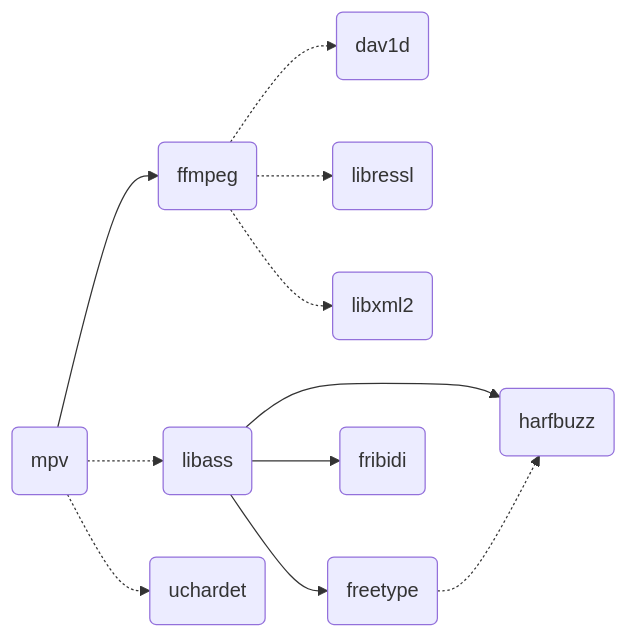
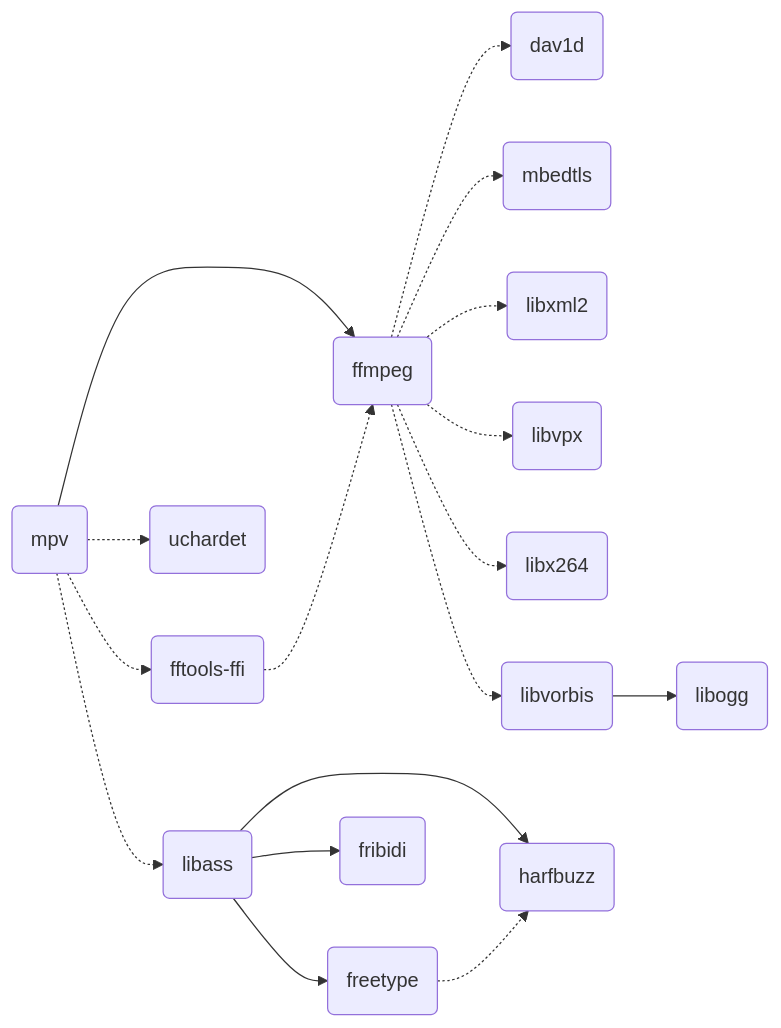
One commit to media-kit/libmpv-darwin-build changed the diagram in README.md. Above: the diagram before and after it, drawn with Mermaid. The commit also changed other lines of this file and 18 other files, not shown here.

````diff
--- a/README.md
+++ b/README.md
@@ -96,17 +106,24 @@
 ```mermaid
 flowchart LR
 
 A(mpv) --> B(ffmpeg)
 A(mpv) -.-> C(libass)
 A(mpv) -.-> D(uchardet)
+A(mpv) -.-> K(fftools-ffi)
 
 B -.-> H(dav1d)
-B -.-> I(libressl)
+B -.-> I(mbedtls)
 B -.-> J(libxml2)
+B -.-> L(libvpx)
+B -.-> M(libx264)
+B -.-> N(libvorbis)
 
 C --> E(freetype)
 C --> F(harfbuzz)
 C --> G(fribidi)
 
+N --> O(libogg)
+
 E -.-> F
+K -.-> B
 ```
````
